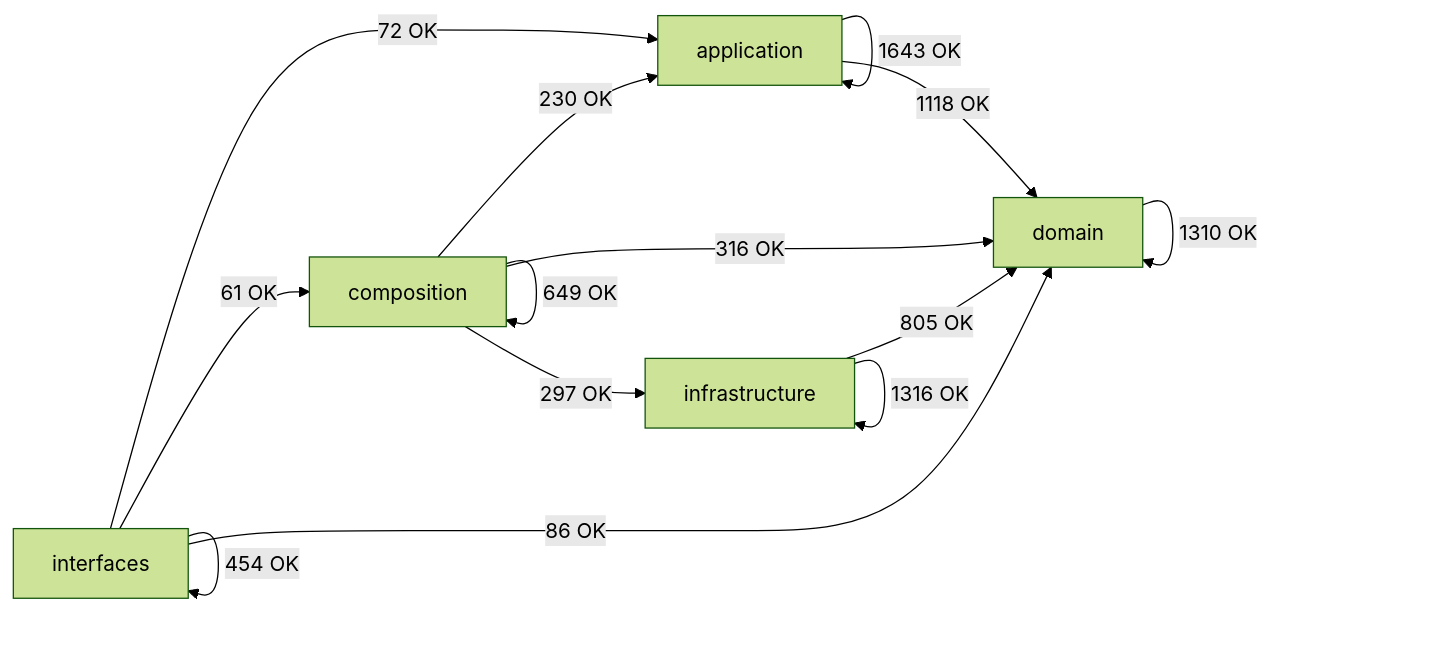
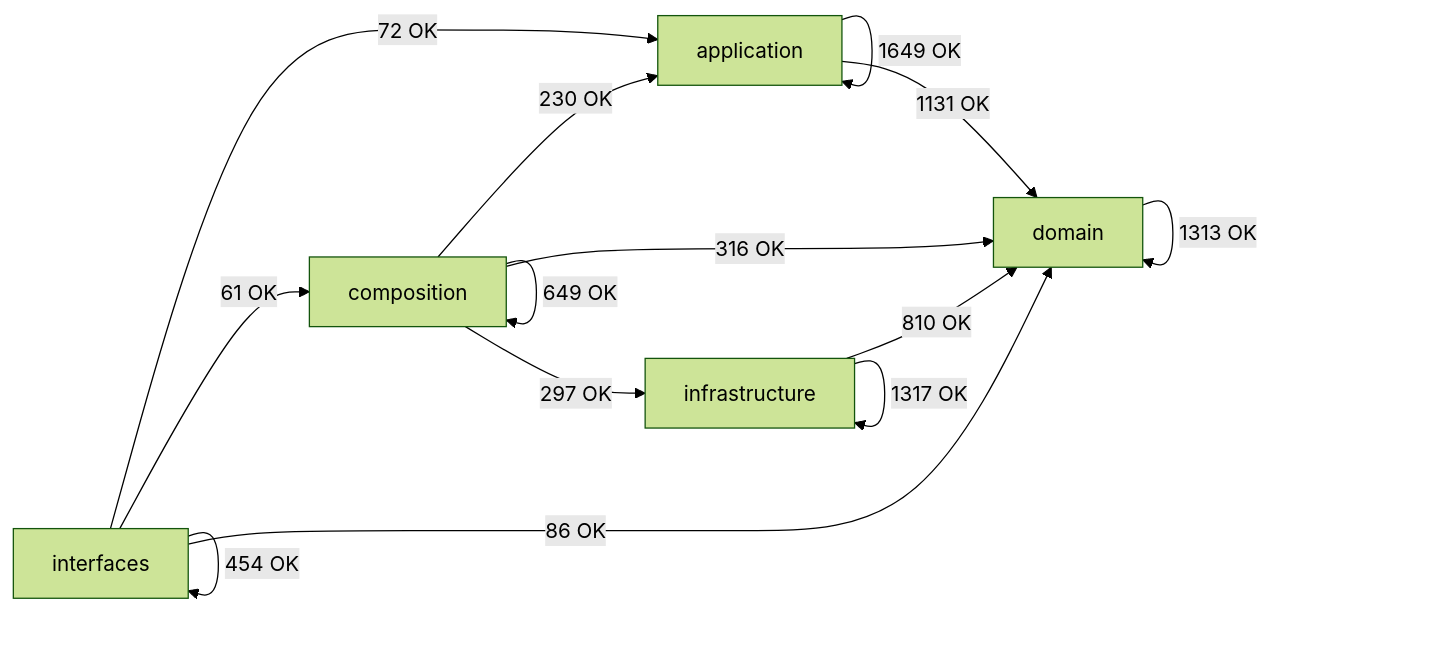
Before and after one commit to SatoryKono/BioactivityDataAcquisition: the diagram in docs/02-architecture/generated/module-dependency-map.md, drawn with Mermaid (forest theme). The commit also changed other lines of this file and 42 other files, not shown here.

````diff
--- a/docs/02-architecture/generated/module-dependency-map.md
+++ b/docs/02-architecture/generated/module-dependency-map.md
@@ -17,21 +17,21 @@
 ```mermaid
 flowchart LR
     domain[domain]
     application[application]
     infrastructure[infrastructure]
     composition[composition]
     interfaces[interfaces]
-    application -->|1643 OK| application
-    application -->|1118 OK| domain
+    application -->|1649 OK| application
+    application -->|1131 OK| domain
     composition -->|230 OK| application
     composition -->|649 OK| composition
     composition -->|316 OK| domain
     composition -->|297 OK| infrastructure
-    domain -->|1310 OK| domain
-    infrastructure -->|805 OK| domain
-    infrastructure -->|1316 OK| infrastructure
+    domain -->|1313 OK| domain
+    infrastructure -->|810 OK| domain
+    infrastructure -->|1317 OK| infrastructure
     interfaces -->|72 OK| application
     interfaces -->|61 OK| composition
     interfaces -->|86 OK| domain
     interfaces -->|454 OK| interfaces
 ```
````
